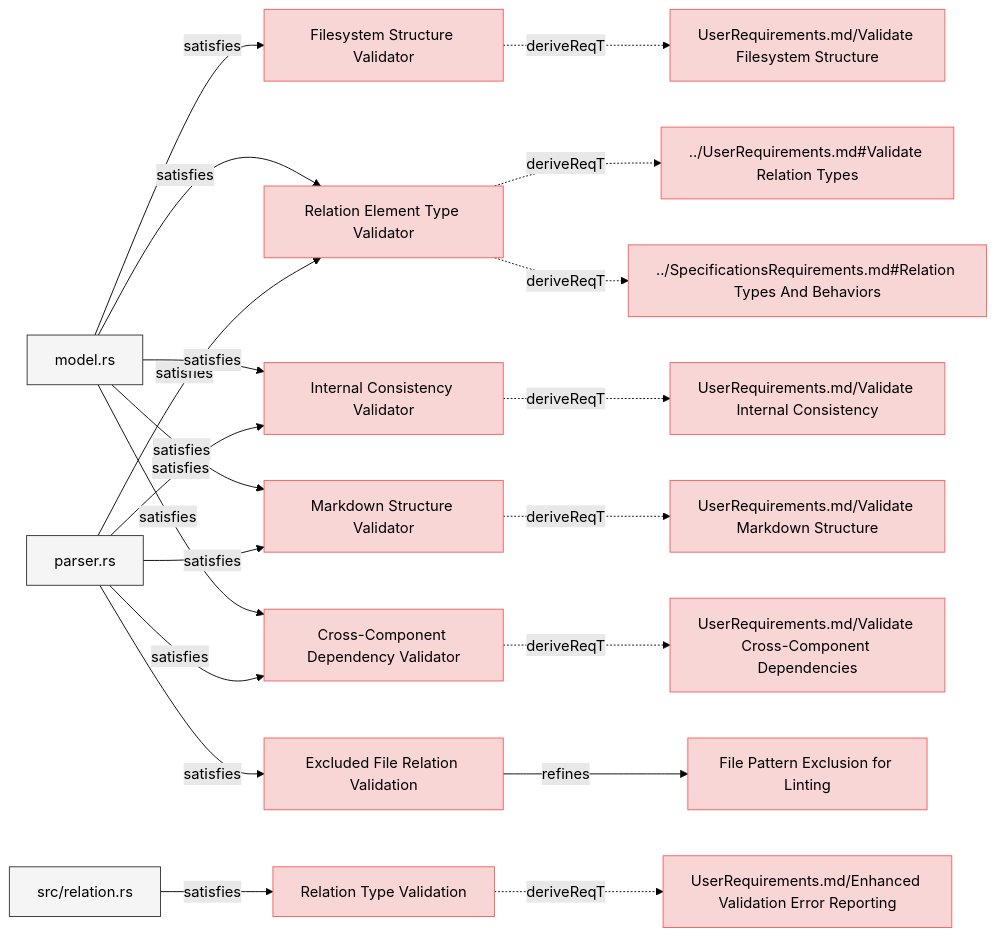
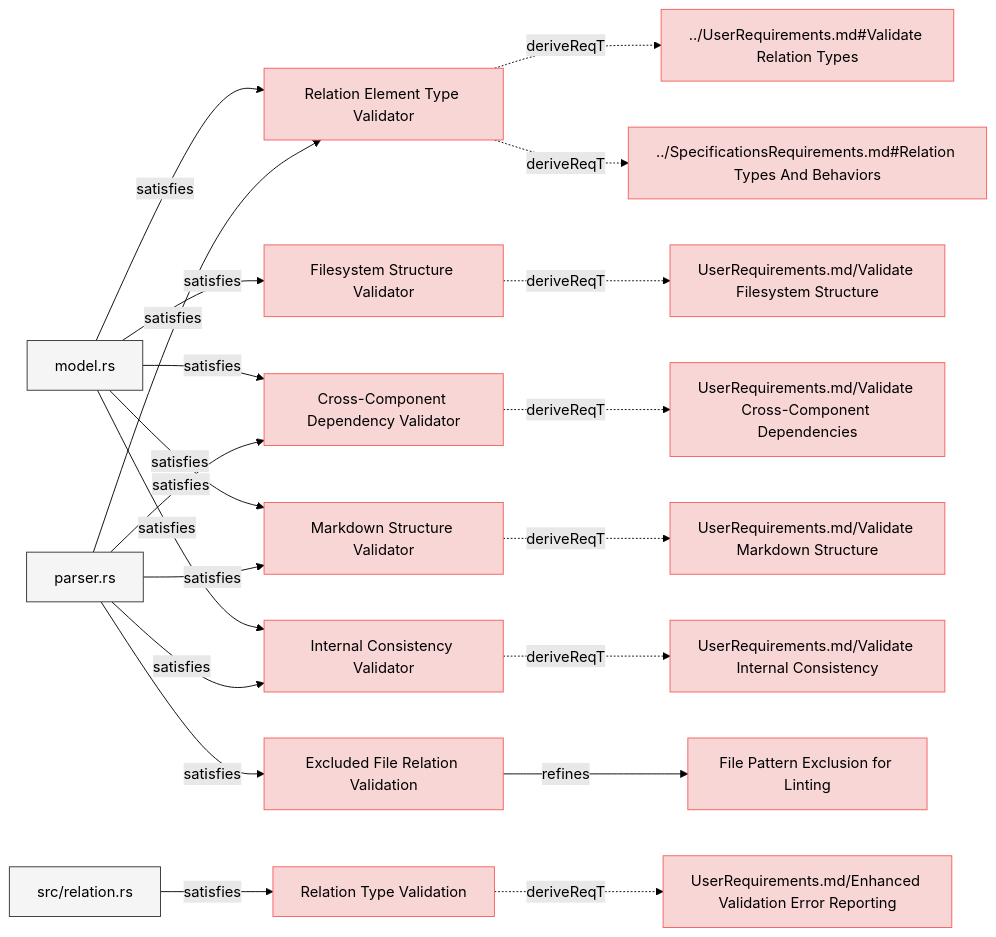
The seventh of 8 diagrams in specifications/SystemRequirements/Requirements.md (reqvire-org/reqvire), drawn with Mermaid (forest theme) before and after one commit. The commit also changed other lines of this file and 16 other files, not shown here.

````diff
--- a/specifications/SystemRequirements/Requirements.md
+++ b/specifications/SystemRequirements/Requirements.md
@@ -894,82 +894,82 @@
 ```mermaid
 graph LR;
   %% Graph styling
   classDef requirement fill:#f9d6d6,stroke:#f55f5f,stroke-width:1px;
   classDef verification fill:#d6f9d6,stroke:#5fd75f,stroke-width:1px;
   classDef externalLink fill:#d0e0ff,stroke:#3080ff,stroke-width:1px;
   classDef default fill:#f5f5f5,stroke:#333333,stroke-width:1px;
 
+  774d12db509b4a55["Relation Element Type Validator"];
+  click 774d12db509b4a55 "https://github.com/Reqvire/reqvire/blob/92e82ef235559b4819fd85d700024b79b452d8e3/specifications/SystemRequirements/Requirements.md#relation-element-type-validator";
+  class 774d12db509b4a55 requirement;
+  8a3ca9461643d887["../UserRequirements.md#Validate Relation Types"];
+  class 8a3ca9461643d887 requirement;
+  click 8a3ca9461643d887 "https://github.com/Reqvire/reqvire/blob/92e82ef235559b4819fd85d700024b79b452d8e3/specifications/UserRequirements.md#validate-relation-types";
+  774d12db509b4a55 -.->|deriveReqT| 8a3ca9461643d887;
+  29eb679eef252d12["../SpecificationsRequirements.md#Relation Types And Behaviors"];
+  class 29eb679eef252d12 requirement;
+  click 29eb679eef252d12 "https://github.com/Reqvire/reqvire/blob/92e82ef235559b4819fd85d700024b79b452d8e3/specifications/SpecificationsRequirements.md#relation-types-and-behaviors";
+  774d12db509b4a55 -.->|deriveReqT| 29eb679eef252d12;
+  36fd2b1e82621caf["model.rs"];
+  class 36fd2b1e82621caf default;
+  click 36fd2b1e82621caf "https://github.com/Reqvire/reqvire/blob/92e82ef235559b4819fd85d700024b79b452d8e3/core/src/model.rs";
+  36fd2b1e82621caf -->|satisfies| 774d12db509b4a55;
+  dfd639447d711d62["parser.rs"];
+  class dfd639447d711d62 default;
+  click dfd639447d711d62 "https://github.com/Reqvire/reqvire/blob/92e82ef235559b4819fd85d700024b79b452d8e3/core/src/parser.rs";
+  dfd639447d711d62 -->|satisfies| 774d12db509b4a55;
   7b53d332f5da95a["Filesystem Structure Validator"];
-  click 7b53d332f5da95a "https://github.com/Reqvire/reqvire/blob/b8c43d2689b933838bf1838d8a4cdf3393c9014f/specifications/SystemRequirements/Requirements.md#filesystem-structure-validator";
+  click 7b53d332f5da95a "https://github.com/Reqvire/reqvire/blob/92e82ef235559b4819fd85d700024b79b452d8e3/specifications/SystemRequirements/Requirements.md#filesystem-structure-validator";
   class 7b53d332f5da95a requirement;
   c390b990a63def2a["UserRequirements.md/Validate Filesystem Structure"];
   class c390b990a63def2a requirement;
-  click c390b990a63def2a "https://github.com/Reqvire/reqvire/blob/b8c43d2689b933838bf1838d8a4cdf3393c9014f/specifications/UserRequirements.md#validate-filesystem-structure";
+  click c390b990a63def2a "https://github.com/Reqvire/reqvire/blob/92e82ef235559b4819fd85d700024b79b452d8e3/specifications/UserRequirements.md#validate-filesystem-structure";
   7b53d332f5da95a -.->|deriveReqT| c390b990a63def2a;
-  36fd2b1e82621caf["model.rs"];
-  class 36fd2b1e82621caf default;
-  click 36fd2b1e82621caf "https://github.com/Reqvire/reqvire/blob/b8c43d2689b933838bf1838d8a4cdf3393c9014f/core/src/model.rs";
   36fd2b1e82621caf -->|satisfies| 7b53d332f5da95a;
-  774d12db509b4a55["Relation Element Type Validator"];
-  click 774d12db509b4a55 "https://github.com/Reqvire/reqvire/blob/b8c43d2689b933838bf1838d8a4cdf3393c9014f/specifications/SystemRequirements/Requirements.md#relation-element-type-validator";
-  class 774d12db509b4a55 requirement;
-  8a3ca9461643d887["../UserRequirements.md#Validate Relation Types"];
-  class 8a3ca9461643d887 requirement;
-  click 8a3ca9461643d887 "https://github.com/Reqvire/reqvire/blob/b8c43d2689b933838bf1838d8a4cdf3393c9014f/specifications/UserRequirements.md#validate-relation-types";
-  774d12db509b4a55 -.->|deriveReqT| 8a3ca9461643d887;
-  29eb679eef252d12["../SpecificationsRequirements.md#Relation Types And Behaviors"];
-  class 29eb679eef252d12 requirement;
-  click 29eb679eef252d12 "https://github.com/Reqvire/reqvire/blob/b8c43d2689b933838bf1838d8a4cdf3393c9014f/specifications/SpecificationsRequirements.md#relation-types-and-behaviors";
-  774d12db509b4a55 -.->|deriveReqT| 29eb679eef252d12;
-  36fd2b1e82621caf -->|satisfies| 774d12db509b4a55;
-  dfd639447d711d62["parser.rs"];
-  class dfd639447d711d62 default;
-  click dfd639447d711d62 "https://github.com/Reqvire/reqvire/blob/b8c43d2689b933838bf1838d8a4cdf3393c9014f/core/src/parser.rs";
-  dfd639447d711d62 -->|satisfies| 774d12db509b4a55;
+  bff4e3e834a9ffcc["Relation Type Validation"];
+  click bff4e3e834a9ffcc "https://github.com/Reqvire/reqvire/blob/92e82ef235559b4819fd85d700024b79b452d8e3/specifications/SystemRequirements/Requirements.md#relation-type-validation";
+  class bff4e3e834a9ffcc requirement;
+  3d2fe0b05ff9c8e3["UserRequirements.md/Enhanced Validation Error Reporting"];
+  class 3d2fe0b05ff9c8e3 requirement;
+  click 3d2fe0b05ff9c8e3 "https://github.com/Reqvire/reqvire/blob/92e82ef235559b4819fd85d700024b79b452d8e3/specifications/UserRequirements.md#enhanced-validation-error-reporting";
+  bff4e3e834a9ffcc -.->|deriveReqT| 3d2fe0b05ff9c8e3;
+  a01a924ab0c27629["src/relation.rs"];
+  class a01a924ab0c27629 default;
+  click a01a924ab0c27629 "https://github.com/Reqvire/reqvire/blob/92e82ef235559b4819fd85d700024b79b452d8e3/core/src/relation.rs";
+  a01a924ab0c27629 -->|satisfies| bff4e3e834a9ffcc;
+  df781ba215f4d187["Cross-Component Dependency Validator"];
+  click df781ba215f4d187 "https://github.com/Reqvire/reqvire/blob/92e82ef235559b4819fd85d700024b79b452d8e3/specifications/SystemRequirements/Requirements.md#cross-component-dependency-validator";
+  class df781ba215f4d187 requirement;
+  ee05a46627b568b7["UserRequirements.md/Validate Cross-Component Dependencies"];
+  class ee05a46627b568b7 requirement;
+  click ee05a46627b568b7 "https://github.com/Reqvire/reqvire/blob/92e82ef235559b4819fd85d700024b79b452d8e3/specifications/UserRequirements.md#validate-cross-component-dependencies";
+  df781ba215f4d187 -.->|deriveReqT| ee05a46627b568b7;
+  36fd2b1e82621caf -->|satisfies| df781ba215f4d187;
+  dfd639447d711d62 -->|satisfies| df781ba215f4d187;
+  d4722c13c32cf9e0["Markdown Structure Validator"];
+  click d4722c13c32cf9e0 "https://github.com/Reqvire/reqvire/blob/92e82ef235559b4819fd85d700024b79b452d8e3/specifications/SystemRequirements/Requirements.md#markdown-structure-validator";
+  class d4722c13c32cf9e0 requirement;
+  7ec3cb7f400a2e8d["UserRequirements.md/Validate Markdown Structure"];
+  class 7ec3cb7f400a2e8d requirement;
+  click 7ec3cb7f400a2e8d "https://github.com/Reqvire/reqvire/blob/92e82ef235559b4819fd85d700024b79b452d8e3/specifications/UserRequirements.md#validate-markdown-structure";
+  d4722c13c32cf9e0 -.->|deriveReqT| 7ec3cb7f400a2e8d;
+  36fd2b1e82621caf -->|satisfies| d4722c13c32cf9e0;
+  dfd639447d711d62 -->|satisfies| d4722c13c32cf9e0;
   3871ef72a30780e5["Excluded File Relation Validation"];
-  click 3871ef72a30780e5 "https://github.com/Reqvire/reqvire/blob/b8c43d2689b933838bf1838d8a4cdf3393c9014f/specifications/SystemRequirements/Requirements.md#excluded-file-relation-validation";
+  click 3871ef72a30780e5 "https://github.com/Reqvire/reqvire/blob/92e82ef235559b4819fd85d700024b79b452d8e3/specifications/SystemRequirements/Requirements.md#excluded-file-relation-validation";
   class 3871ef72a30780e5 requirement;
   48e8a0b4b18111c4["File Pattern Exclusion for Linting"];
   class 48e8a0b4b18111c4 requirement;
-  click 48e8a0b4b18111c4 "https://github.com/Reqvire/reqvire/blob/b8c43d2689b933838bf1838d8a4cdf3393c9014f/specifications/SystemRequirements/Requirements.md#file-pattern-exclusion-for-linting";
+  click 48e8a0b4b18111c4 "https://github.com/Reqvire/reqvire/blob/92e82ef235559b4819fd85d700024b79b452d8e3/specifications/SystemRequirements/Requirements.md#file-pattern-exclusion-for-linting";
   3871ef72a30780e5 -->|refines| 48e8a0b4b18111c4;
   dfd639447d711d62 -->|satisfies| 3871ef72a30780e5;
   eb3ba1b7474d0e60["Internal Consistency Validator"];
-  click eb3ba1b7474d0e60 "https://github.com/Reqvire/reqvire/blob/b8c43d2689b933838bf1838d8a4cdf3393c9014f/specifications/SystemRequirements/Requirements.md#internal-consistency-validator";
+  click eb3ba1b7474d0e60 "https://github.com/Reqvire/reqvire/blob/92e82ef235559b4819fd85d700024b79b452d8e3/specifications/SystemRequirements/Requirements.md#internal-consistency-validator";
   class eb3ba1b7474d0e60 requirement;
   f9182ad2999d989c["UserRequirements.md/Validate Internal Consistency"];
   class f9182ad2999d989c requirement;
-  click f9182ad2999d989c "https://github.com/Reqvire/reqvire/blob/b8c43d2689b933838bf1838d8a4cdf3393c9014f/specifications/UserRequirements.md#validate-internal-consistency";
+  click f9182ad2999d989c "https://github.com/Reqvire/reqvire/blob/92e82ef235559b4819fd85d700024b79b452d8e3/specifications/UserRequirements.md#validate-internal-consistency";
   eb3ba1b7474d0e60 -.->|deriveReqT| f9182ad2999d989c;
   36fd2b1e82621caf -->|satisfies| eb3ba1b7474d0e60;
   dfd639447d711d62 -->|satisfies| eb3ba1b7474d0e60;
-  d4722c13c32cf9e0["Markdown Structure Validator"];
-  click d4722c13c32cf9e0 "https://github.com/Reqvire/reqvire/blob/b8c43d2689b933838bf1838d8a4cdf3393c9014f/specifications/SystemRequirements/Requirements.md#markdown-structure-validator";
-  class d4722c13c32cf9e0 requirement;
-  7ec3cb7f400a2e8d["UserRequirements.md/Validate Markdown Structure"];
-  class 7ec3cb7f400a2e8d requirement;
-  click 7ec3cb7f400a2e8d "https://github.com/Reqvire/reqvire/blob/b8c43d2689b933838bf1838d8a4cdf3393c9014f/specifications/UserRequirements.md#validate-markdown-structure";
-  d4722c13c32cf9e0 -.->|deriveReqT| 7ec3cb7f400a2e8d;
-  36fd2b1e82621caf -->|satisfies| d4722c13c32cf9e0;
-  dfd639447d711d62 -->|satisfies| d4722c13c32cf9e0;
-  df781ba215f4d187["Cross-Component Dependency Validator"];
-  click df781ba215f4d187 "https://github.com/Reqvire/reqvire/blob/b8c43d2689b933838bf1838d8a4cdf3393c9014f/specifications/SystemRequirements/Requirements.md#cross-component-dependency-validator";
-  class df781ba215f4d187 requirement;
-  ee05a46627b568b7["UserRequirements.md/Validate Cross-Component Dependencies"];
-  class ee05a46627b568b7 requirement;
-  click ee05a46627b568b7 "https://github.com/Reqvire/reqvire/blob/b8c43d2689b933838bf1838d8a4cdf3393c9014f/specifications/UserRequirements.md#validate-cross-component-dependencies";
-  df781ba215f4d187 -.->|deriveReqT| ee05a46627b568b7;
-  36fd2b1e82621caf -->|satisfies| df781ba215f4d187;
-  dfd639447d711d62 -->|satisfies| df781ba215f4d187;
-  bff4e3e834a9ffcc["Relation Type Validation"];
-  click bff4e3e834a9ffcc "https://github.com/Reqvire/reqvire/blob/b8c43d2689b933838bf1838d8a4cdf3393c9014f/specifications/SystemRequirements/Requirements.md#relation-type-validation";
-  class bff4e3e834a9ffcc requirement;
-  3d2fe0b05ff9c8e3["UserRequirements.md/Enhanced Validation Error Reporting"];
-  class 3d2fe0b05ff9c8e3 requirement;
-  click 3d2fe0b05ff9c8e3 "https://github.com/Reqvire/reqvire/blob/b8c43d2689b933838bf1838d8a4cdf3393c9014f/specifications/UserRequirements.md#enhanced-validation-error-reporting";
-  bff4e3e834a9ffcc -.->|deriveReqT| 3d2fe0b05ff9c8e3;
-  a01a924ab0c27629["src/relation.rs"];
-  class a01a924ab0c27629 default;
-  click a01a924ab0c27629 "https://github.com/Reqvire/reqvire/blob/b8c43d2689b933838bf1838d8a4cdf3393c9014f/core/src/relation.rs";
-  a01a924ab0c27629 -->|satisfies| bff4e3e834a9ffcc;
 ```
````
